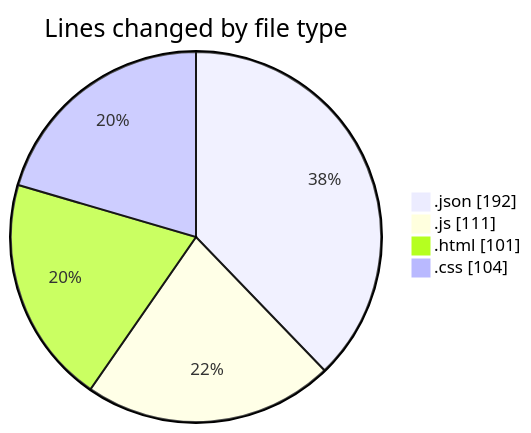
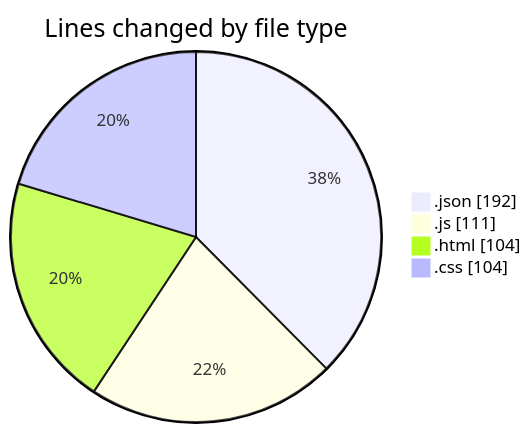
One commit to Ritupan-Deka/code-tracking changed the first of 2 diagrams in 2025-07-05/hidden_search_widget/README.md. Above: the diagram before and after it, drawn with Mermaid. The commit also changed other lines of this file and 1 other file, not shown here.

````diff
--- a/2025-07-05/hidden_search_widget/README.md
+++ b/2025-07-05/hidden_search_widget/README.md
@@ -23,8 +23,8 @@
 ```mermaid
 pie showData
 title Lines changed by file type
 ".json" : 192
 ".js" : 111
-".html" : 101
+".html" : 104
 ".css" : 104
 ```
````
